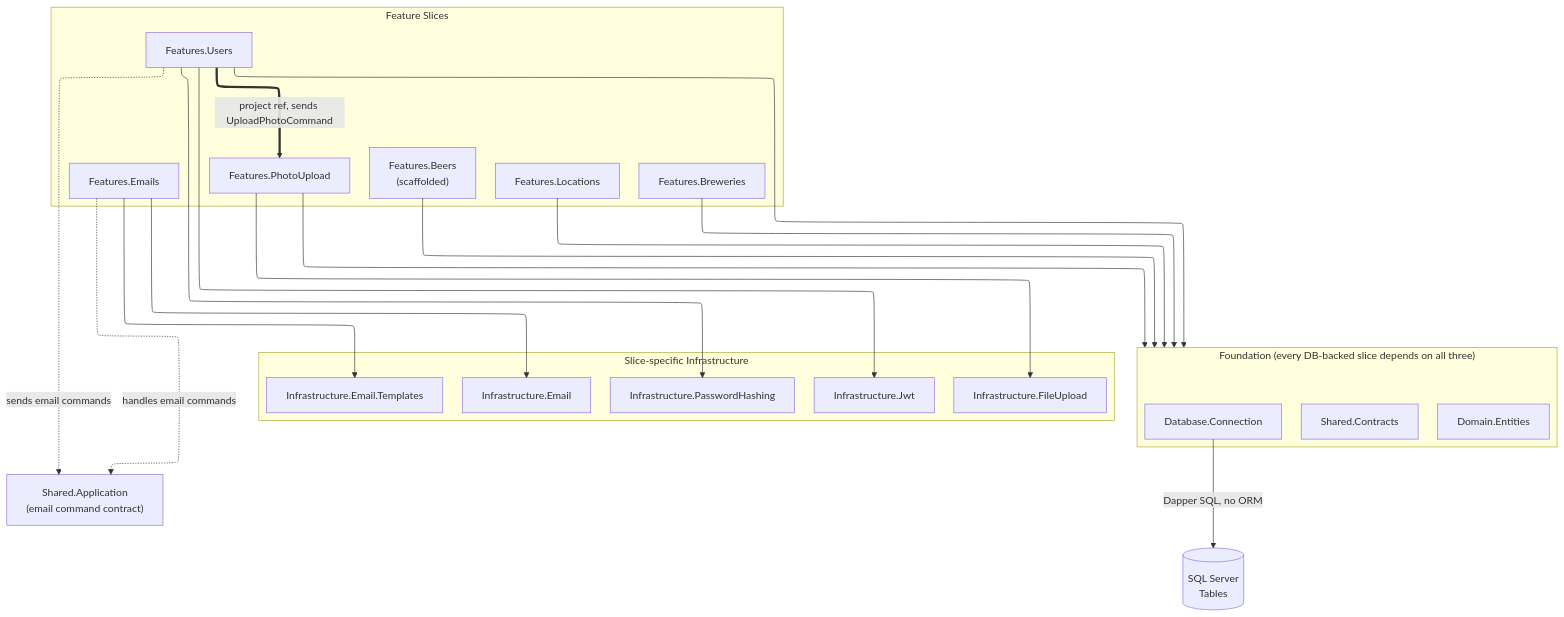
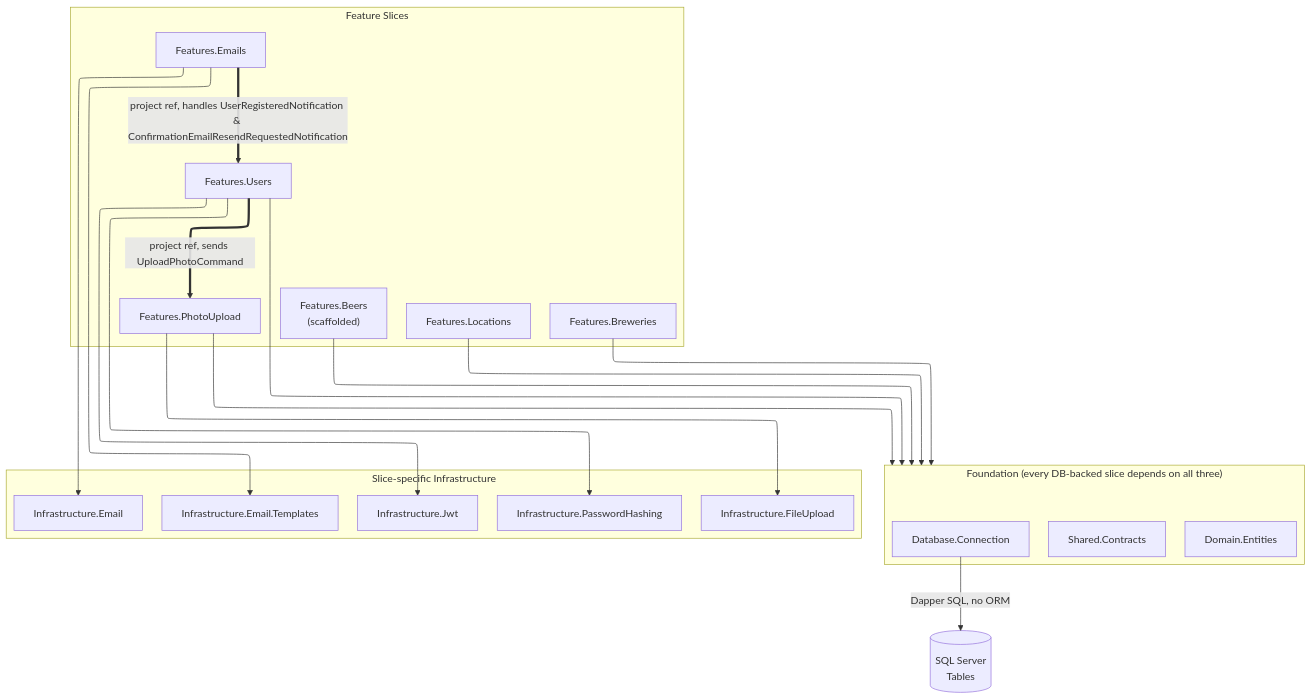
The diagram in docs/web/diagrams/vertical-slice/project-references.mmd (aaronpo97/the-biergarten-app), drawn with Mermaid before and after one commit. The commit also changed 23 other files, not shown here.

Commit message:
Replace shared email commands with MediatR notifications (#280)

```diff
--- a/docs/web/diagrams/vertical-slice/project-references.mmd
+++ b/docs/web/diagrams/vertical-slice/project-references.mmd
@@ -1,42 +1,41 @@
 ---
 config:
    layout: elk
 ---
 
 flowchart TB
 subgraph SLICES["Feature Slices"]
 direction LR
 BrewerySlice["Features.Breweries"]
 LocationsSlice["Features.Locations"]
 BeersSlice["Features.Beers<br>(scaffolded)"]
 PhotoSlice["Features.PhotoUpload"]
 UsersSlice["Features.Users"]
 EmailsSlice["Features.Emails"]
 end
 
 subgraph FOUNDATION["Foundation (every DB-backed slice depends on all three)"]
 direction LR
 SharedContracts["Shared.Contracts"]
 Domain["Domain.Entities"]
 DBConn["Database.Connection"]
 end
 
 subgraph INFRA["Slice-specific Infrastructure"]
 direction LR
 JWT["Infrastructure.Jwt"]
 PwdHash["Infrastructure.PasswordHashing"]
 FileUpload["Infrastructure.FileUpload"]
 Email["Infrastructure.Email"]
 EmailTemplates["Infrastructure.Email.Templates"]
 end
 
 UsersSlice == project ref, sends UploadPhotoCommand ==> PhotoSlice
-UsersSlice -. sends email commands .-> SharedApp["Shared.Application<br>(email command contract)"]
-EmailsSlice -. handles email commands .-> SharedApp
+EmailsSlice == project ref, handles UserRegisteredNotification & ConfirmationEmailResendRequestedNotification ==> UsersSlice
 BrewerySlice --> FOUNDATION
 LocationsSlice --> FOUNDATION
 BeersSlice --> FOUNDATION
 PhotoSlice --> FOUNDATION & FileUpload
 UsersSlice --> FOUNDATION & JWT & PwdHash
 EmailsSlice --> Email & EmailTemplates
 DBConn -- Dapper SQL, no ORM --> Tables[("SQL Server<br>Tables")]
```
